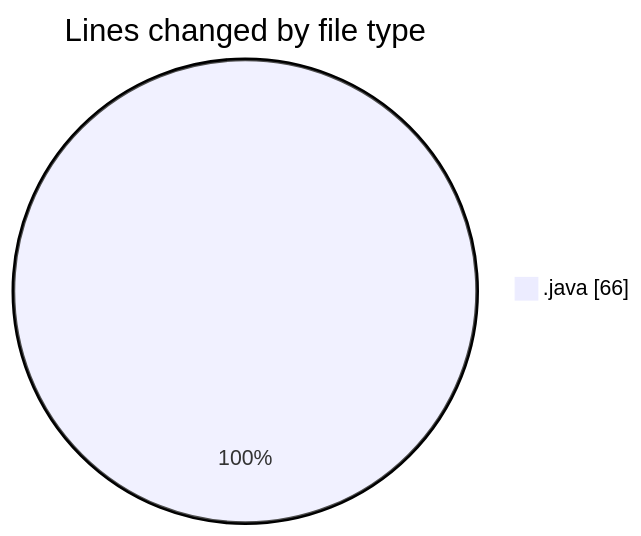
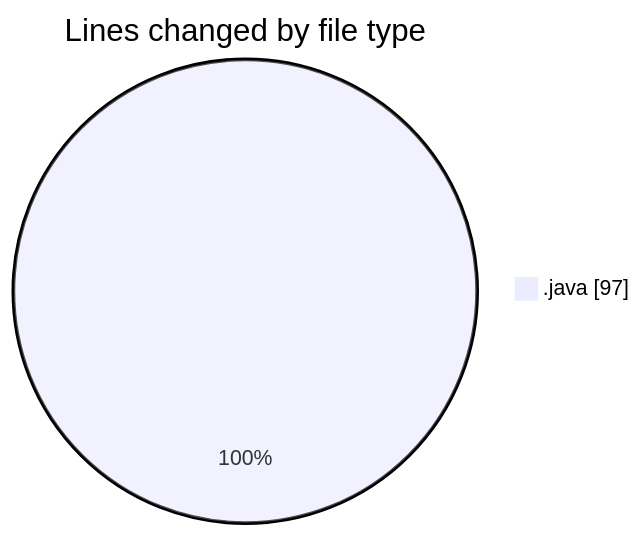
One commit to ricardozamudiocil/code-tracking changed the first of 2 diagrams in 2026-03-31/cilofertascomerciales/README.md. Above: the diagram before and after it, drawn with Mermaid. The commit also changed other lines of this file and 1 other file, not shown here.

````diff
--- a/2026-03-31/cilofertascomerciales/README.md
+++ b/2026-03-31/cilofertascomerciales/README.md
@@ -20,5 +21,5 @@
 ```mermaid
 pie showData
 title Lines changed by file type
-".java" : 66
+".java" : 97
 ```
````
